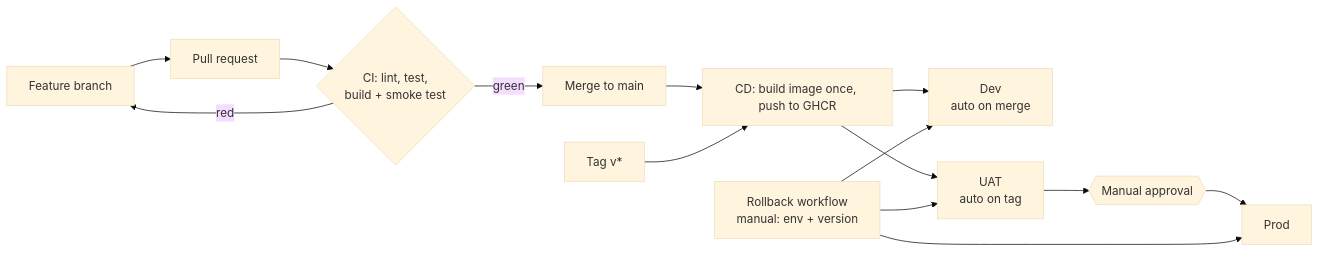
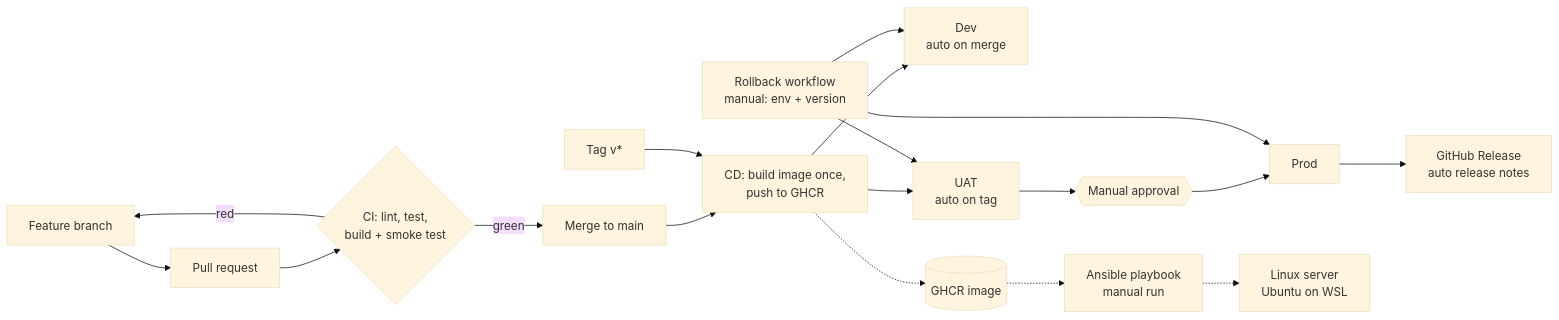
Before and after one commit to ahmadfauzanrinaufaldi/release-pipeline-mini: the diagram in README.md, drawn with Mermaid (base theme). The commit also changed other lines of this file, not shown here.

````diff
--- a/README.md
+++ b/README.md
@@ -9,16 +9,20 @@
 ```mermaid
 flowchart LR
     A[Feature branch] --> B[Pull request]
     B --> C{CI: lint, test,<br/>build + smoke test}
     C -- red --> A
     C -- green --> D[Merge to main]
-    D --> E[CD: build image once, push to GHCR]
+    D --> E[CD: build image once,<br/>push to GHCR]
     E --> F[Dev<br/>auto on merge]
     G[Tag v*] --> E
     E --> H[UAT<br/>auto on tag]
     H --> I{{Manual approval}}
     I --> J[Prod]
+    J --> R[GitHub Release<br/>auto release notes]
     K[Rollback workflow<br/>manual: env + version] --> F
     K --> H
     K --> J
+    E -.-> M[(GHCR image)]
+    M -.-> N[Ansible playbook<br/>manual run]
+    N -.-> O[Linux server<br/>Ubuntu on WSL]
 ```
````
